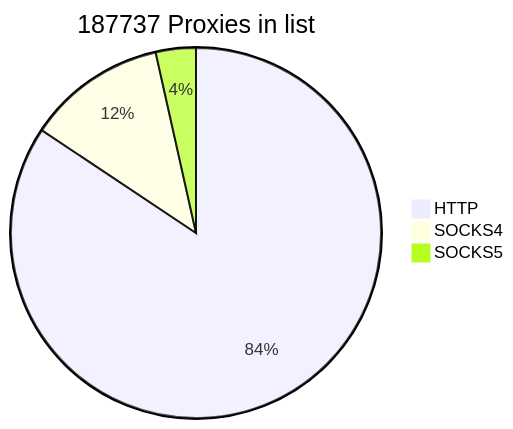
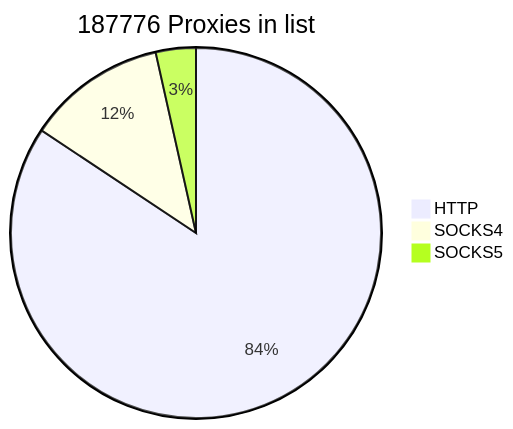
Before and after one commit to cutipu/proxylist: the first of 2 diagrams in README.md, drawn with Mermaid. The commit also changed other lines of this file, not shown here.

````diff
--- a/README.md
+++ b/README.md
@@ -2,7 +2,7 @@
 ```mermaid
-pie title 187737 Proxies in list
-    "HTTP" : 158360
-    "SOCKS4" : 22806
+pie title 187776 Proxies in list
+    "HTTP" : 158361
+    "SOCKS4" : 22844
     "SOCKS5" : 6571
             
 ```
````
